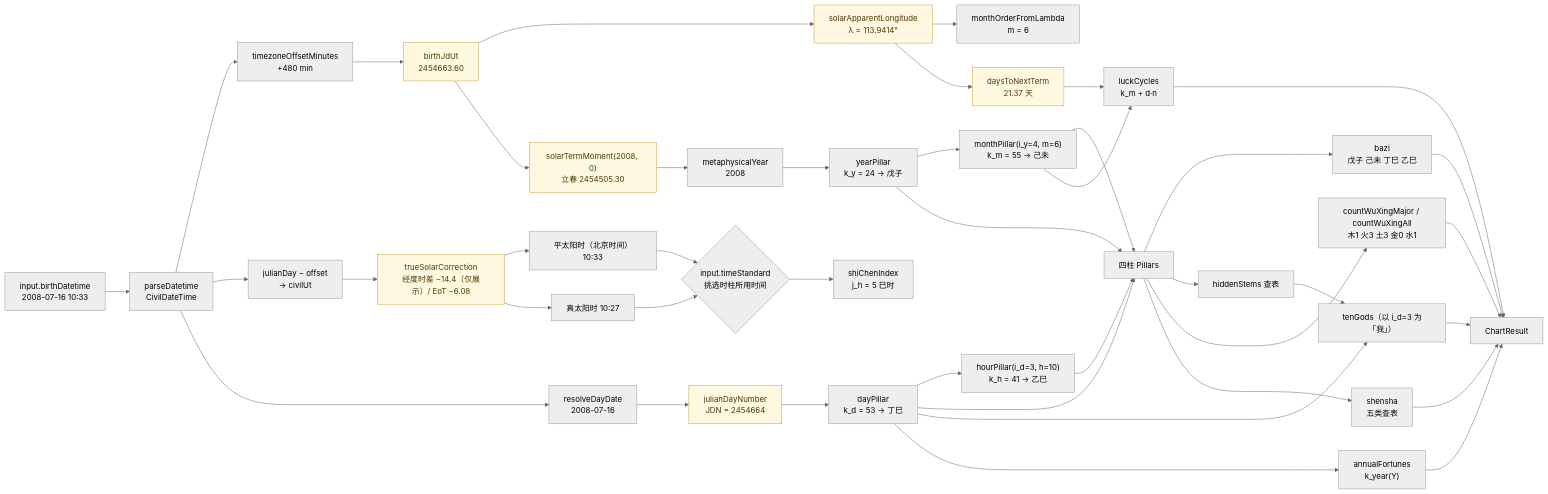
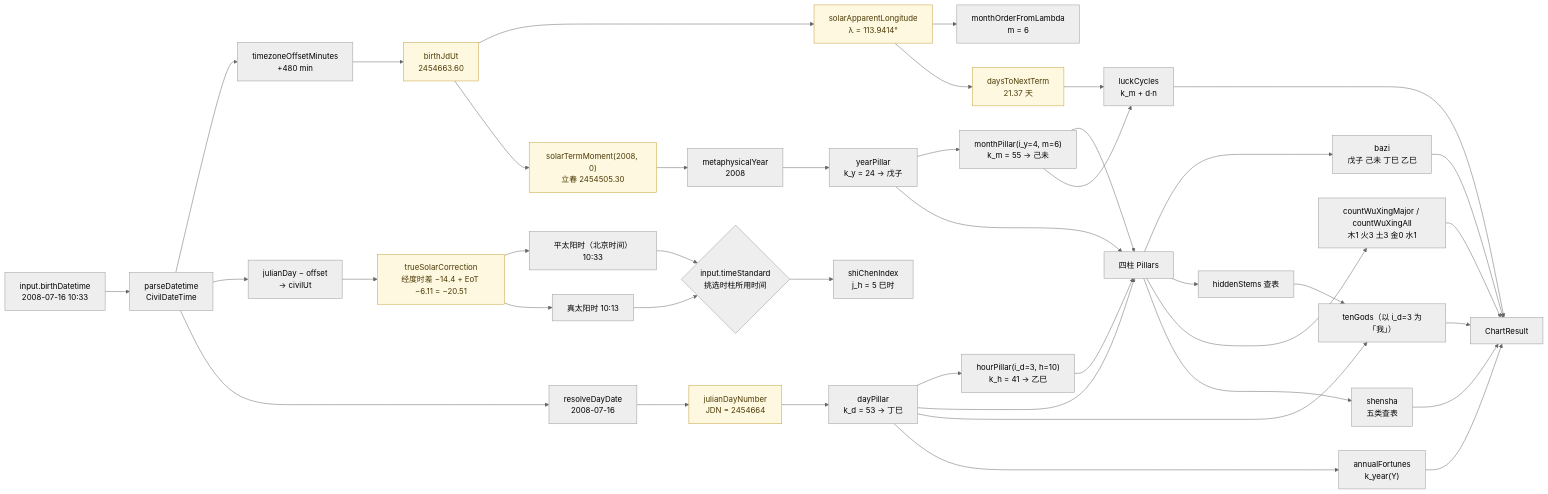
The fourth of 9 diagrams in doc/bazi-call-graph.md (yunzheyue-star/BaZi), drawn with Mermaid (neutral theme) before and after one commit. The commit also changed other lines of this file and 12 other files, not shown here.

````diff
--- a/doc/bazi-call-graph.md
+++ b/doc/bazi-call-graph.md
@@ -310,53 +310,53 @@
 ```mermaid
 flowchart LR
     A["input.birthDatetime<br/>2008-07-16 10:33"] --> B["parseDatetime<br/>CivilDateTime"]
     B --> C["timezoneOffsetMinutes<br/>+480 min"]
     C --> D["birthJdUt<br/>2454663.60"]
     B --> E["julianDay − offset<br/>→ civilUt"]
-    E --> F["trueSolarCorrection<br/>经度时差 −14.4（仅展示）/ EoT −6.08"]
+    E --> F["trueSolarCorrection<br/>经度时差 −14.4 + EoT −6.11 = −20.51"]
     F --> G0["平太阳时（北京时间）10:33"]
-    F --> G2["真太阳时 10:27"]
+    F --> G2["真太阳时 10:13"]
     G0 --> G{"input.timeStandard<br/>挑选时柱所用时间"}
     G2 --> G
 
     D --> H["solarApparentLongitude<br/>λ = 113.9414°"]
     D --> I["solarTermMoment(2008, 0)<br/>立春 2454505.30"]
     I --> J["metaphysicalYear<br/>2008"]
     J --> K["yearPillar<br/>k_y = 24 → 戊子"]
 
     H --> L["monthOrderFromLambda<br/>m = 6"]
     K --> M["monthPillar(i_y=4, m=6)<br/>k_m = 55 → 己未"]
 
     B --> N["resolveDayDate<br/>2008-07-16"]
     N --> O["julianDayNumber<br/>JDN = 2454664"]
     O --> P["dayPillar<br/>k_d = 53 → 丁巳"]
 
     G --> Q["shiChenIndex<br/>j_h = 5 巳时"]
     P --> R["hourPillar(i_d=3, h=10)<br/>k_h = 41 → 乙巳"]
 
     K --> S["四柱 Pillars"]
     M --> S
     P --> S
     R --> S
     S --> T["bazi<br/>戊子 己未 丁巳 乙巳"]
     S --> U["hiddenStems 查表"]
     P --> V["tenGods（以 i_d=3 为「我」）"]
     U --> V
     S --> V2["countWuXingMajor / countWuXingAll<br/>木1 火3 土3 金0 水1"]
 
     H --> W["daysToNextTerm<br/>21.37 天"]
     M --> X["luckCycles<br/>k_m + d·n"]
     W --> X
     P --> Y["annualFortunes<br/>k_year(Y)"]
     S --> Z["shensha<br/>五类查表"]
 
     X --> R2["ChartResult"]
     Y --> R2
     Z --> R2
     V --> R2
     V2 --> R2
     T --> R2
 
     classDef num fill:#fff8e1,stroke:#c2a13a,color:#4a3a05
     class D,F,H,I,O,W num
 ```
````
